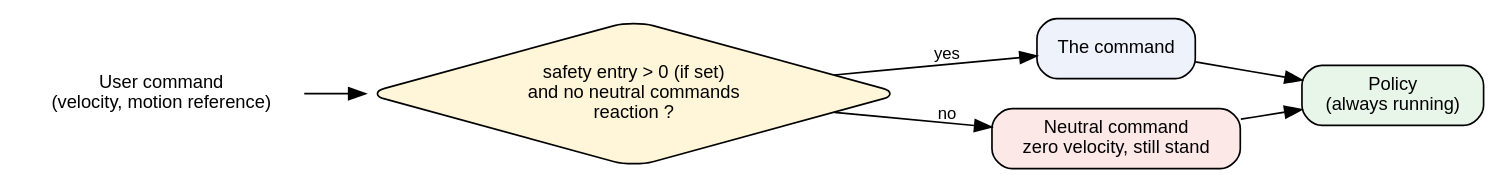
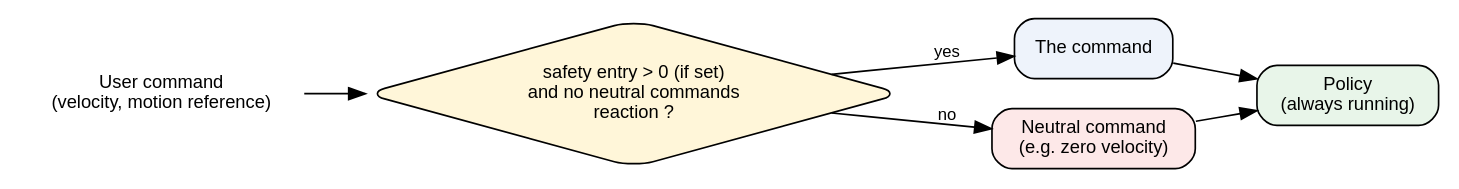
Before and after one commit to saikishor/ros2_policy_framework: the second of 3 diagrams in docs/safety.rst, drawn with Graphviz. The commit also changed other lines of this file, not shown here.

Commit message:
Drop the removed motion reference from the safety page and complete the lifecycle diagram

```diff
--- a/docs/safety.rst
+++ b/docs/safety.rst
@@ -116,17 +114,17 @@
 .. graphviz::
 
    digraph gate {
      rankdir=LR;
      node [shape=box, style="rounded,filled", fillcolor="#eef3fb", fontname="Helvetica", fontsize=11];
      edge [fontname="Helvetica", fontsize=10];
      user [label="User command\n(velocity, motion reference)", shape=plaintext, fillcolor=none];
      gate [label="safety entry > 0 (if set)\nand no neutral commands\nreaction ?", shape=diamond, fillcolor="#fff6d9"];
      real [label="The command"];
-     neutral [label="Neutral command\nzero velocity, still stand", fillcolor="#fde8e8"];
+     neutral [label="Neutral command\n(e.g. zero velocity)", fillcolor="#fde8e8"];
      policy [label="Policy\n(always running)", fillcolor="#e8f5e9"];
      user -> gate;
      gate -> real [label="yes"];
      gate -> neutral [label="no"];
      real -> policy;
      neutral -> policy;
    }
```
